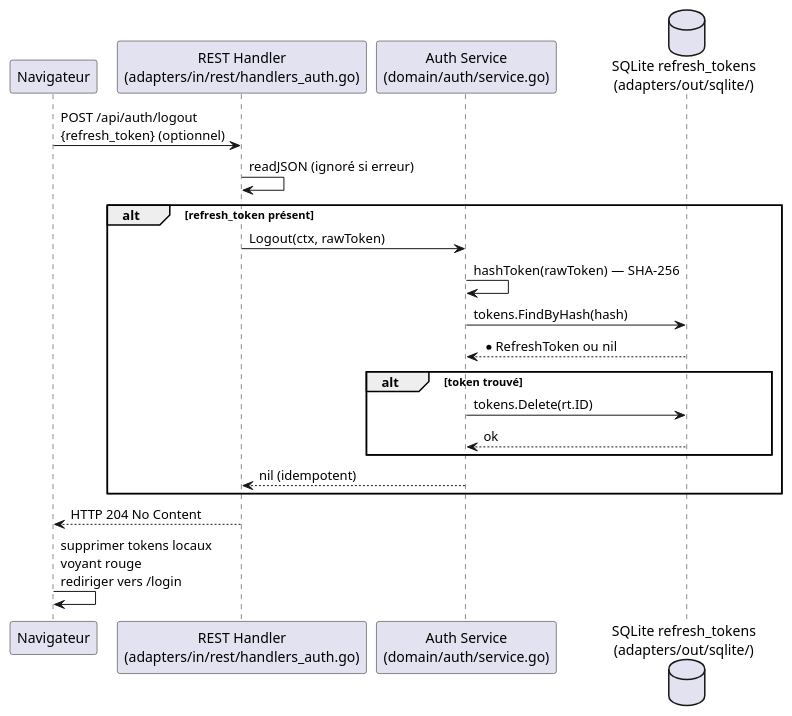
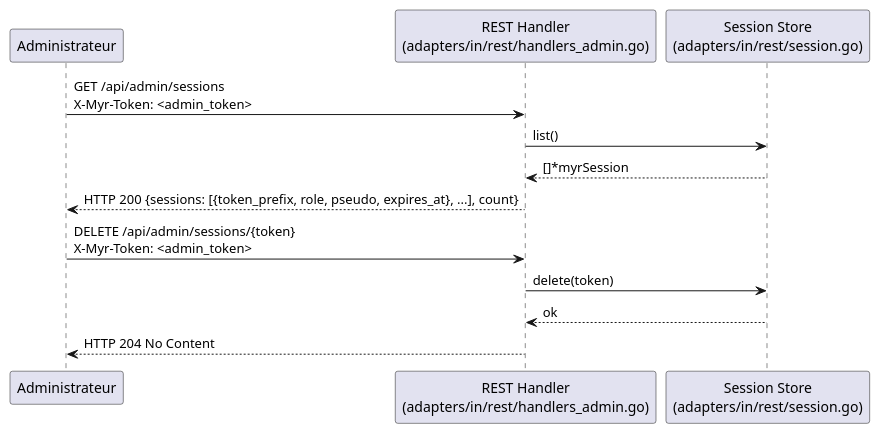
The second of 2 diagrams in specs/2-Analyse/UCA-Compte_et_Acces/UCA03.md (olivaux/myr), drawn with PlantUML before and after one commit. The commit also changed other lines of this file and 72 other files, not shown here.

````diff
--- a/specs/2-Analyse/UCA-Compte_et_Acces/UCA03.md
+++ b/specs/2-Analyse/UCA-Compte_et_Acces/UCA03.md
@@ -83,25 +67,17 @@
 ```plantuml
 @startuml
-participant "Navigateur" as Browser
-participant "REST Handler\n(adapters/in/rest/handlers_auth.go)" as REST
-participant "Auth Service\n(domain/auth/service.go)" as Service
-database "SQLite refresh_tokens\n(adapters/out/sqlite/)" as SQLite
+participant "Administrateur" as ADM
+participant "REST Handler\n(adapters/in/rest/handlers_admin.go)" as REST
+participant "Session Store\n(adapters/in/rest/session.go)" as Sessions
 
-Browser -> REST : POST /api/auth/logout\n{refresh_token} (optionnel)
-REST -> REST : readJSON (ignoré si erreur)
-alt refresh_token présent
-  REST -> Service : Logout(ctx, rawToken)
-  Service -> Service : hashToken(rawToken) — SHA-256
-  Service -> SQLite : tokens.FindByHash(hash)
-  SQLite --> Service : *RefreshToken ou nil
-  alt token trouvé
-    Service -> SQLite : tokens.Delete(rt.ID)
-    SQLite --> Service : ok
-  end
-  Service --> REST : nil (idempotent)
-end
-REST --> Browser : HTTP 204 No Content
-Browser -> Browser : supprimer tokens locaux\nvoyant rouge\nrediriger vers /login
+ADM -> REST : GET /api/admin/sessions\nX-Myr-Token: <admin_token>
+REST -> Sessions : list()
+Sessions --> REST : []*myrSession
+REST --> ADM : HTTP 200 {sessions: [{token_prefix, role, pseudo, expires_at}, ...], count}
 
+ADM -> REST : DELETE /api/admin/sessions/{token}\nX-Myr-Token: <admin_token>
+REST -> Sessions : delete(token)
+Sessions --> REST : ok
+REST --> ADM : HTTP 204 No Content
 @enduml
 ```
````
